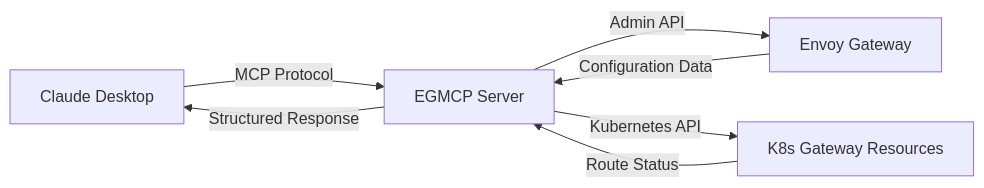
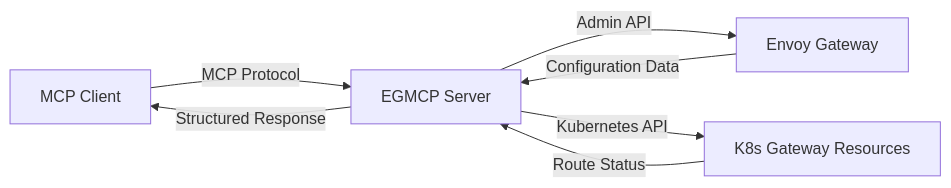
Before and after one commit to saptak/eg-mcp-server: the first of 2 diagrams in USER_GUIDE.md, drawn with Mermaid. The commit also changed other lines of this file and 1 other file, not shown here.

Commit message:
docs: generalize documentation to refer to any MCP client

````diff
--- a/USER_GUIDE.md
+++ b/USER_GUIDE.md
@@ -62,9 +62,9 @@
 ```mermaid
 graph LR
-    A[Claude Desktop] -->|MCP Protocol| B[EGMCP Server]
+    A[MCP Client] -->|MCP Protocol| B[EGMCP Server]
     B -->|Admin API| C[Envoy Gateway]
     B -->|Kubernetes API| D[K8s Gateway Resources]
     C -->|Configuration Data| B
     D -->|Route Status| B
     B -->|Structured Response| A
 ```
````
